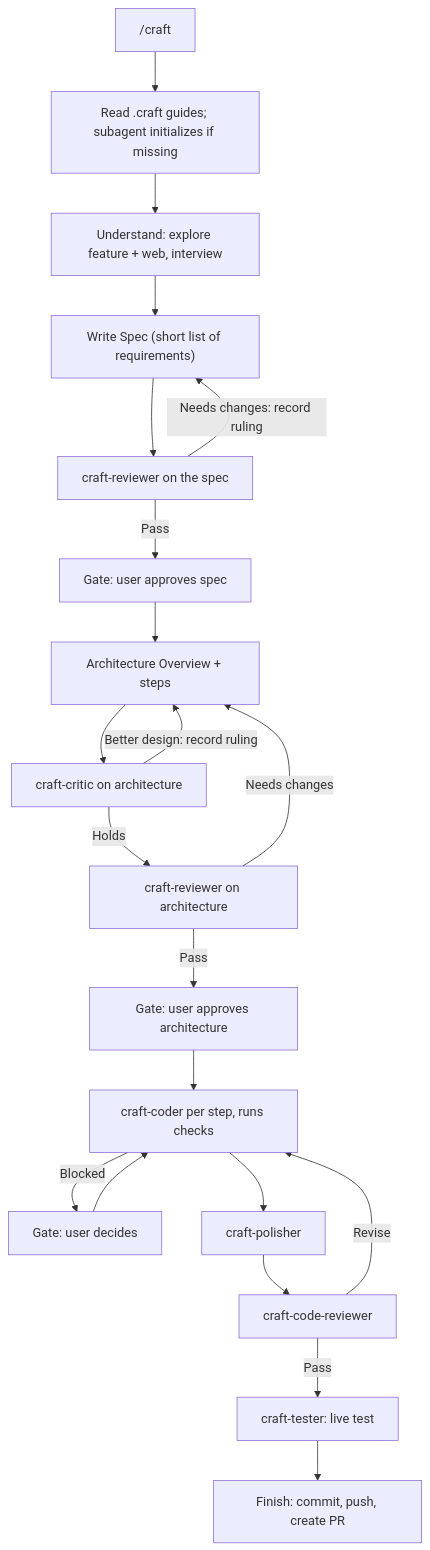
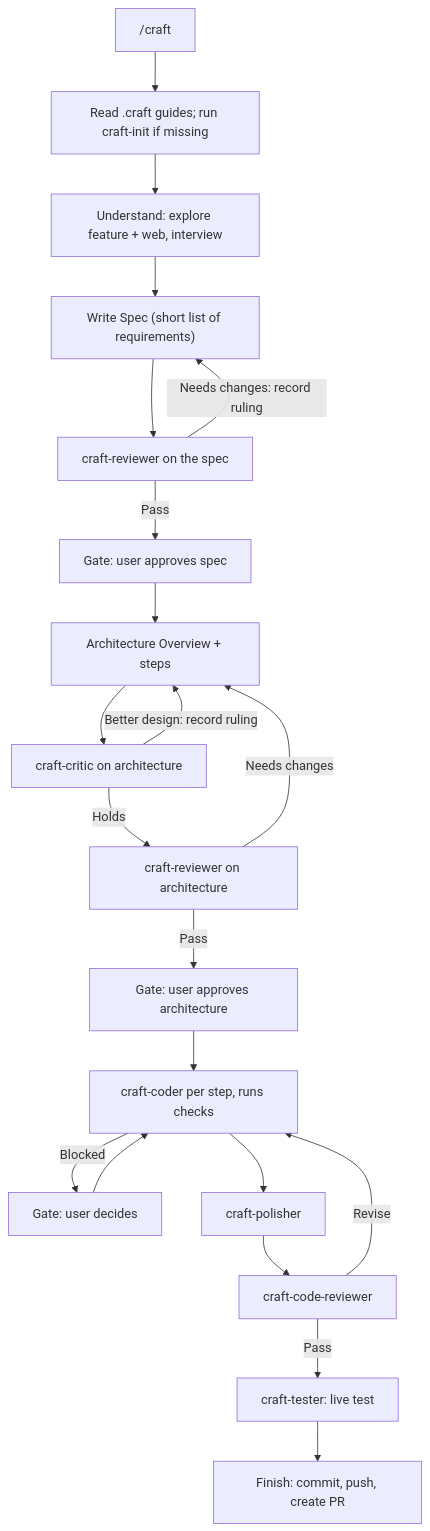
One commit to AidenHadisi/craft changed the diagram in README.md. Above: the diagram before and after it, drawn with Mermaid. The commit also changed other lines of this file and 7 other files, not shown here.

Commit message:
refactor(craft): remove init delegation

````diff
--- a/README.md
+++ b/README.md
@@ -37,23 +37,23 @@
 ```mermaid
 flowchart TD
-    start["/craft"] --> context["Read .craft guides; subagent initializes if missing"]
+    start["/craft"] --> context["Read .craft guides; run craft-init if missing"]
     context --> understand["Understand: explore feature + web, interview"]
     understand --> spec["Write Spec (short list of requirements)"]
     spec --> specReview["craft-reviewer on the spec"]
     specReview -->|"Needs changes: record ruling"| spec
     specReview -->|Pass| specGate["Gate: user approves spec"]
     specGate --> arch["Architecture Overview + steps"]
     arch --> archCritic["craft-critic on architecture"]
     archCritic -->|"Better design: record ruling"| arch
     archCritic -->|Holds| archReview["craft-reviewer on architecture"]
     archReview -->|"Needs changes"| arch
     archReview -->|Pass| archGate["Gate: user approves architecture"]
     archGate --> coder["craft-coder per step, runs checks"]
     coder -->|Blocked| unblock["Gate: user decides"]
     unblock --> coder
     coder --> polish["craft-polisher"]
     polish --> codeReview["craft-code-reviewer"]
     codeReview -->|Revise| coder
     codeReview -->|Pass| test["craft-tester: live test"]
     test --> finish["Finish: commit, push, create PR"]
 ```
````
